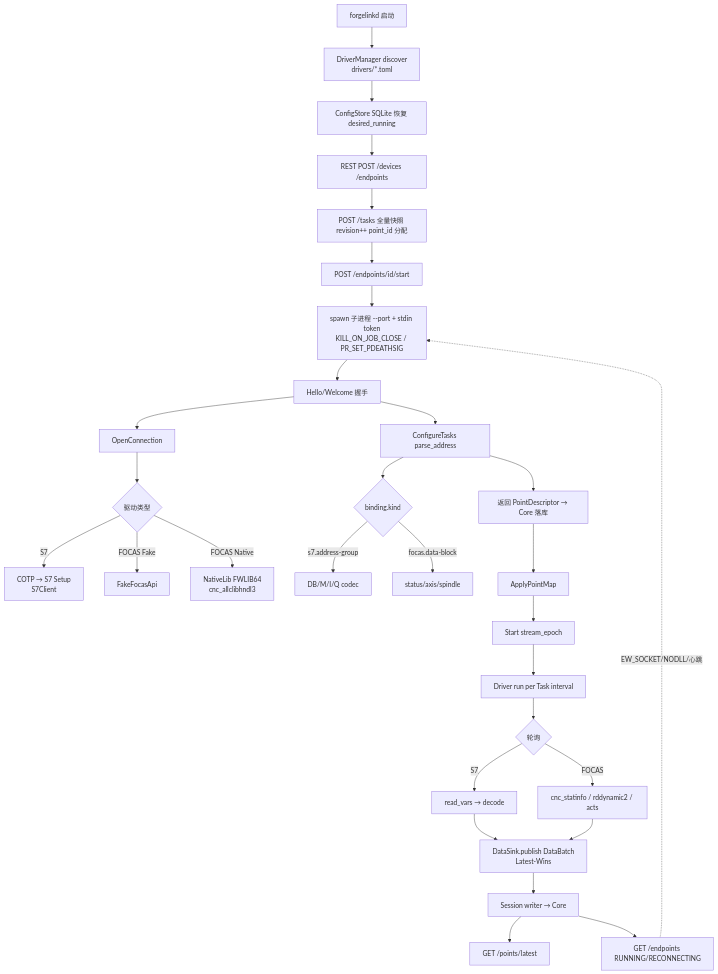
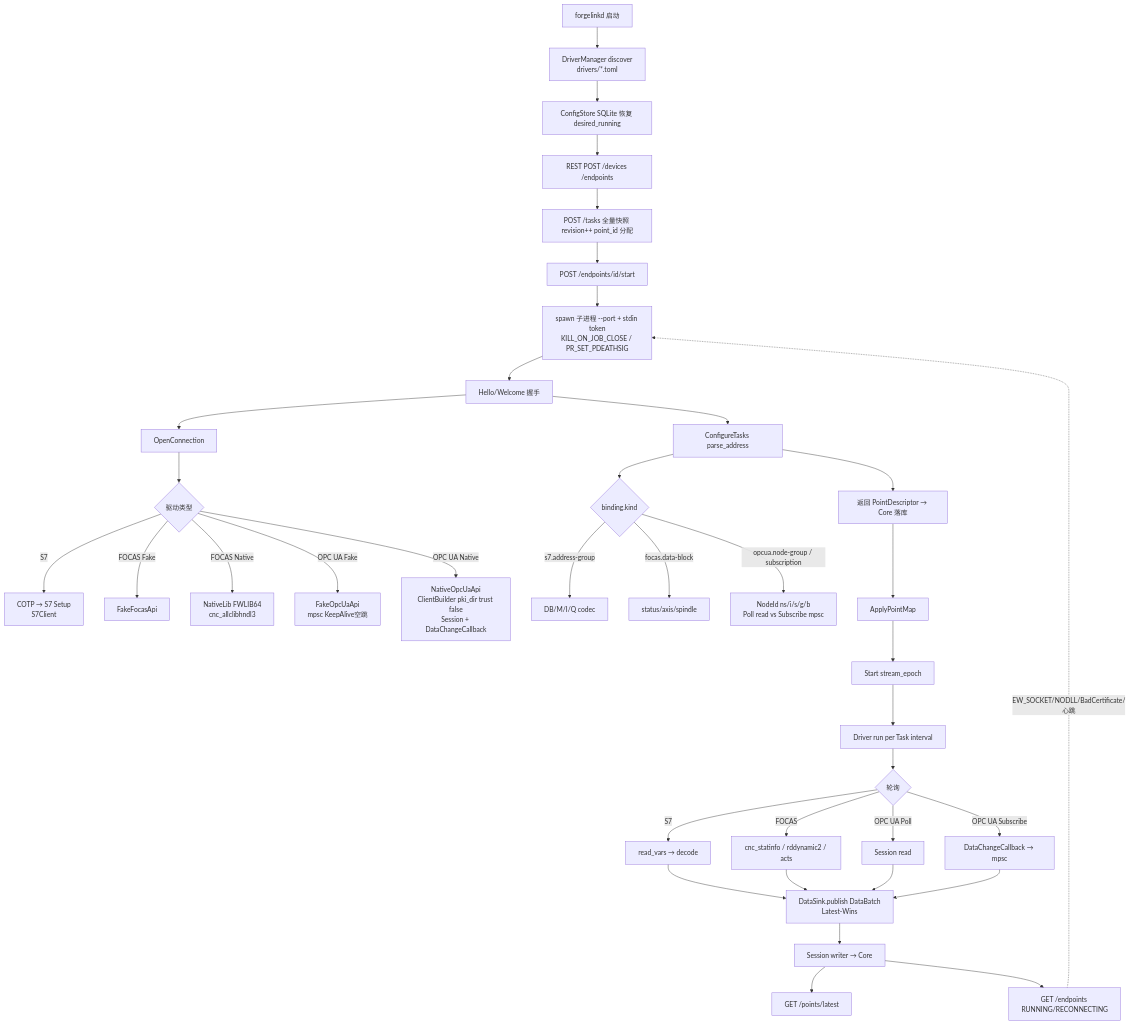
The diagram in docs/flowchart.md (dooooling/mesa), drawn with Mermaid before and after one commit. The commit also changed other lines of this file and 3 other files, not shown here.

Commit message:
docs: opcua-gate矩阵+flowchart OPC UA分支+ focas gate PATH修复§5 (release 24.1/9.5MB 验证)

````diff
--- a/docs/flowchart.md
+++ b/docs/flowchart.md
@@ -6,33 +6,40 @@
 ```mermaid
 flowchart TD
   A[forgelinkd 启动] --> B[DriverManager discover<br/>drivers/*.toml]
   B --> C[ConfigStore SQLite 恢复 desired_running]
   C --> D[REST POST /devices /endpoints]
   D --> E[POST /tasks 全量快照 revision++ point_id 分配]
   E --> F[POST /endpoints/id/start]
   F --> G[spawn 子进程 --port + stdin token<br/>KILL_ON_JOB_CLOSE / PR_SET_PDEATHSIG]
   G --> H[Hello/Welcome 握手]
   H --> I[OpenConnection]
   I --> I1{驱动类型}
-  I1 -->|S7| I_S7[COTP → S7 Setup<br/>S7Client]
-  I1 -->|FOCAS Fake| I_FF[FakeFocasApi]
-  I1 -->|FOCAS Native| I_FN[NativeLib FWLIB64<br/>cnc_allclibhndl3]
-  H --> J[ConfigureTasks parse_address]
+   I1 -->|S7| I_S7[COTP → S7 Setup<br/>S7Client]
+   I1 -->|FOCAS Fake| I_FF[FakeFocasApi]
+   I1 -->|FOCAS Native| I_FN[NativeLib FWLIB64<br/>cnc_allclibhndl3]
+   I1 -->|OPC UA Fake| I_OF[FakeOpcUaApi<br/>mpsc KeepAlive空跳]
+   I1 -->|OPC UA Native| I_ON[NativeOpcUaApi<br/>ClientBuilder pki_dir trust false<br/>Session + DataChangeCallback]
+   H --> J[ConfigureTasks parse_address]
   J --> J1{binding.kind}
-  J1 -->|s7.address-group| J_S7[DB/M/I/Q codec]
-  J1 -->|focas.data-block| J_F[status/axis/spindle]
+   J1 -->|s7.address-group| J_S7[DB/M/I/Q codec]
+   J1 -->|focas.data-block| J_F[status/axis/spindle]
+   J1 -->|opcua.node-group / subscription| J_O[NodeId ns/i/s/g/b<br/>Poll read vs Subscribe mpsc]
   J --> K[返回 PointDescriptor → Core 落库]
   K --> L[ApplyPointMap]
   L --> M[Start stream_epoch]
   M --> N[Driver run per Task interval]
   N --> N1{轮询}
-  N1 -->|S7| R_S7[read_vars → decode]
-  N1 -->|FOCAS| R_F[cnc_statinfo / rddynamic2 / acts]
-  R_S7 --> O
-  R_F --> O
+   N1 -->|S7| R_S7[read_vars → decode]
+   N1 -->|FOCAS| R_F[cnc_statinfo / rddynamic2 / acts]
+   N1 -->|OPC UA Poll| R_OP[Session read]
+   N1 -->|OPC UA Subscribe| R_OS[DataChangeCallback → mpsc]
+   R_S7 --> O
+   R_F --> O
+   R_OP --> O
+   R_OS --> O
   O[DataSink.publish DataBatch<br/>Latest-Wins]
   O --> P[Session writer → Core]
   P --> Q[GET /points/latest]
   P --> R[GET /endpoints RUNNING/RECONNECTING]
-  R -.->|EW_SOCKET/NODLL/心跳| G
+   R -.->|EW_SOCKET/NODLL/BadCertificate/心跳| G
 ```
````
